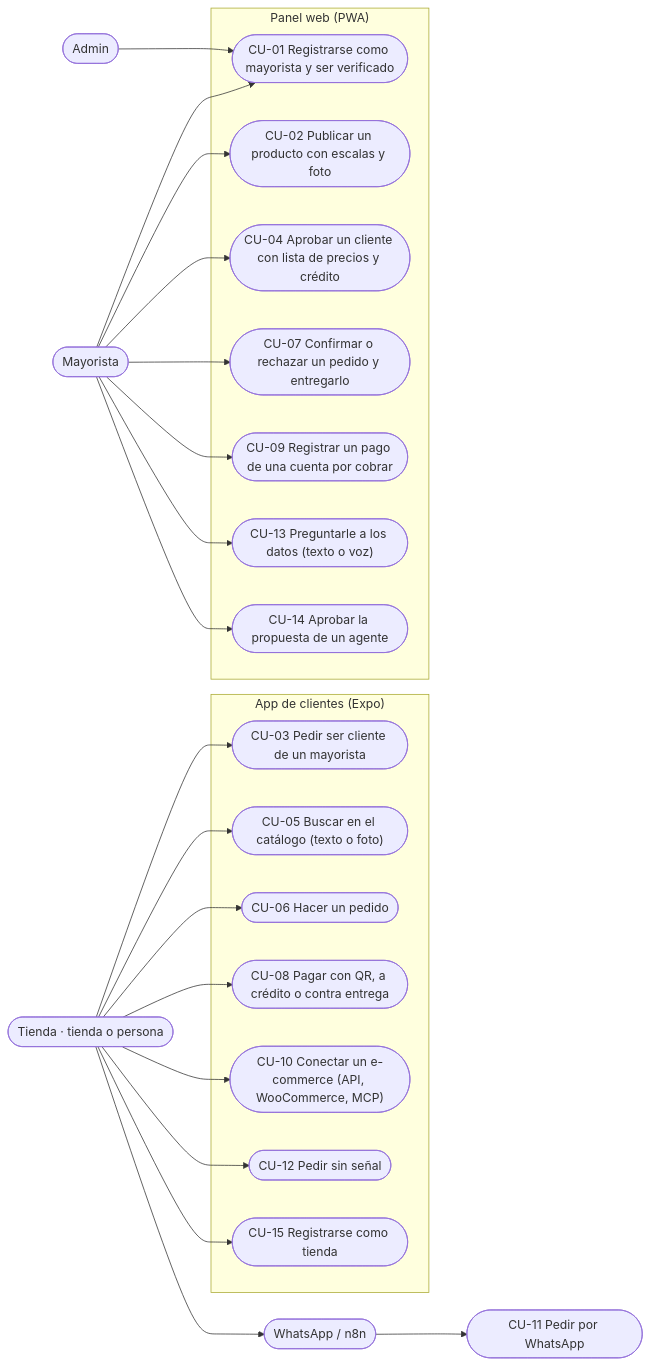
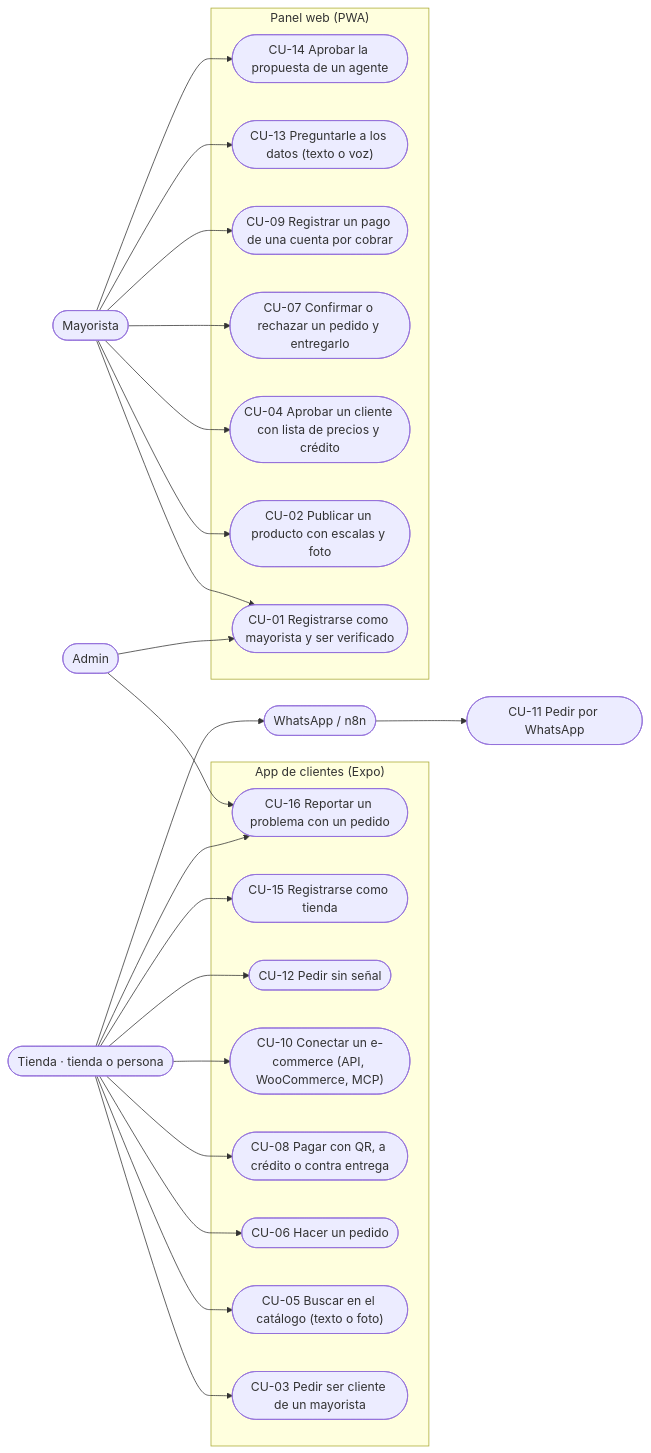
One commit to AndyQdev/abasto changed the diagram in docs/iconix/casos-de-uso.md. Above: the diagram before and after it, drawn with Mermaid. The commit also changed other lines of this file and 38 other files, not shown here.

First line of the commit message:
feat(reclamos): CU-16 la tienda reporta un problema y Abasto lo resuelve a mano

````diff
--- a/docs/iconix/casos-de-uso.md
+++ b/docs/iconix/casos-de-uso.md
@@ -5,46 +5,49 @@
 ```mermaid
 flowchart LR
   Tienda(["Tienda · tienda o persona"])
   Mayorista(["Mayorista"])
   Admin(["Admin"])
   WhatsApp(["WhatsApp / n8n"])
   CU11(["CU-11 Pedir por WhatsApp"])
 
   subgraph App["App de clientes (Expo)"]
     CU03(["CU-03 Pedir ser cliente de un mayorista"])
     CU05(["CU-05 Buscar en el catálogo (texto o foto)"])
     CU06(["CU-06 Hacer un pedido"])
     CU08(["CU-08 Pagar con QR, a crédito o contra entrega"])
     CU10(["CU-10 Conectar un e-commerce (API, WooCommerce, MCP)"])
     CU12(["CU-12 Pedir sin señal"])
     CU15(["CU-15 Registrarse como tienda"])
+    CU16(["CU-16 Reportar un problema con un pedido"])
   end
 
   subgraph Panel["Panel web (PWA)"]
     CU01(["CU-01 Registrarse como mayorista y ser verificado"])
     CU02(["CU-02 Publicar un producto con escalas y foto"])
     CU04(["CU-04 Aprobar un cliente con lista de precios y crédito"])
     CU07(["CU-07 Confirmar o rechazar un pedido y entregarlo"])
     CU09(["CU-09 Registrar un pago de una cuenta por cobrar"])
     CU13(["CU-13 Preguntarle a los datos (texto o voz)"])
     CU14(["CU-14 Aprobar la propuesta de un agente"])
   end
 
   Tienda --> CU03
   Tienda --> CU05
   Tienda --> CU06
   Tienda --> CU08
   Tienda --> CU10
   Tienda --> CU12
   Tienda --> CU15
+  Tienda --> CU16
+  Admin --> CU16
   Tienda --> WhatsApp
   WhatsApp --> CU11
   Mayorista --> CU01
   Mayorista --> CU02
   Mayorista --> CU04
   Mayorista --> CU07
   Mayorista --> CU09
   Mayorista --> CU13
   Mayorista --> CU14
   Admin --> CU01
 ```
````
